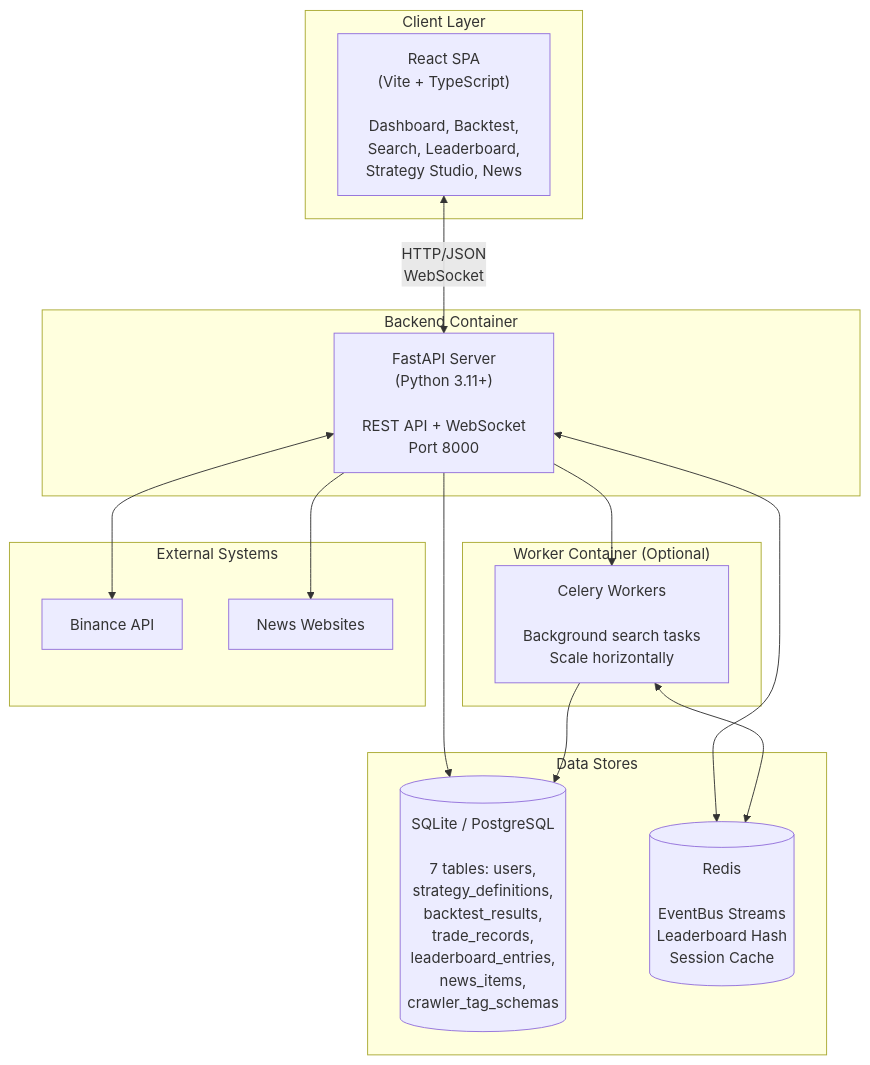
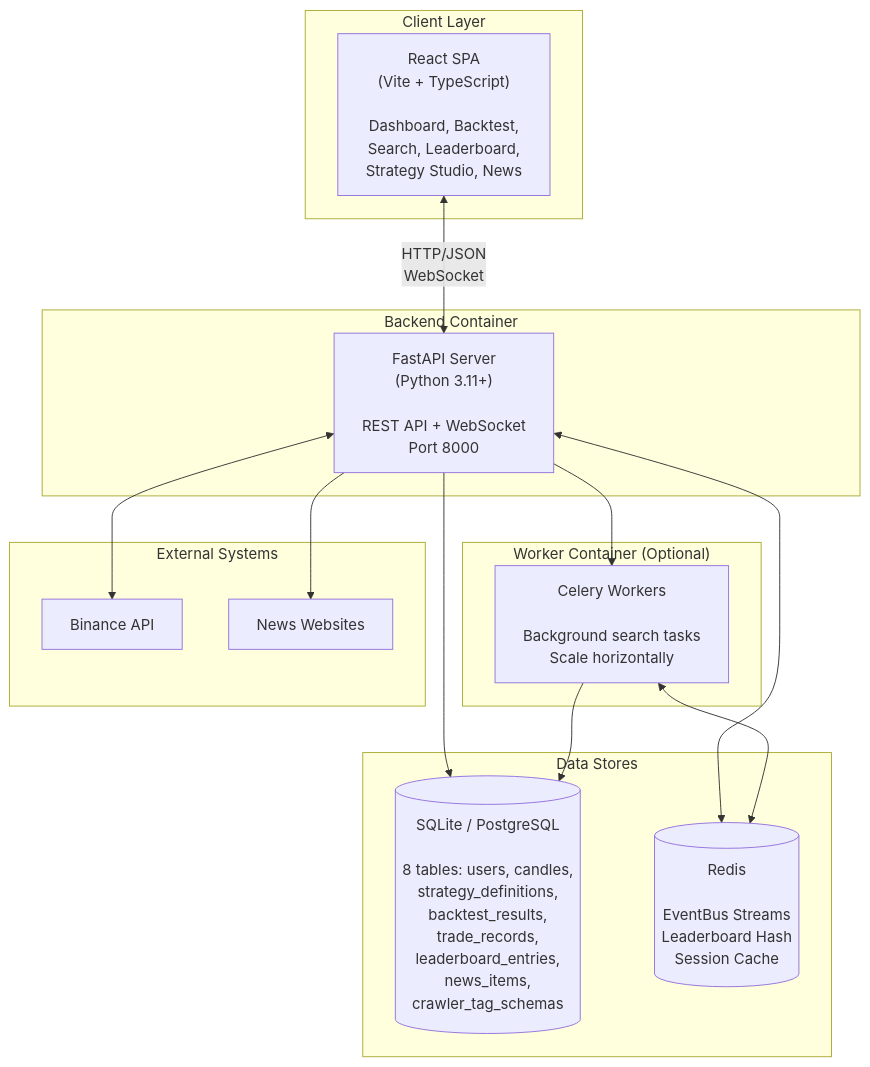
Before and after one commit to ngnam2012/KTPM-crypto-project: the third of 10 diagrams in docs/architecture-qa.md, drawn with Mermaid. The commit also changed other lines of this file and 6 other files, not shown here.

````diff
--- a/docs/architecture-qa.md
+++ b/docs/architecture-qa.md
@@ -84,33 +84,33 @@
 ```mermaid
 graph TB
     subgraph "Client Layer"
         SPA[" React SPA<br/>(Vite + TypeScript)<br/><br/>Dashboard, Backtest,<br/>Search, Leaderboard,<br/>Strategy Studio, News"]
     end
 
     subgraph "Backend Container"
         API[" FastAPI Server<br/>(Python 3.11+)<br/><br/>REST API + WebSocket<br/>Port 8000"]
     end
 
     subgraph "Worker Container (Optional)"
         Celery[" Celery Workers<br/><br/>Background search tasks<br/>Scale horizontally"]
     end
 
     subgraph "Data Stores"
-        SQLite[(" SQLite / PostgreSQL<br/><br/>7 tables: users,<br/>strategy_definitions,<br/>backtest_results,<br/>trade_records,<br/>leaderboard_entries,<br/>news_items,<br/>crawler_tag_schemas")]
+        SQLite[(" SQLite / PostgreSQL<br/><br/>8 tables: users, candles,<br/>strategy_definitions,<br/>backtest_results,<br/>trade_records,<br/>leaderboard_entries,<br/>news_items,<br/>crawler_tag_schemas")]
         Redis[(" Redis<br/><br/>EventBus Streams<br/>Leaderboard Hash<br/>Session Cache")]
     end
 
     subgraph "External Systems"
         Binance["Binance API"]
         NewsSites["News Websites"]
     end
 
     SPA <-->|"HTTP/JSON<br/>WebSocket"| API
     API --> SQLite
     API <--> Redis
     API --> Celery
     Celery --> SQLite
     Celery <--> Redis
     API <--> Binance
     API --> NewsSites
 ```
````
